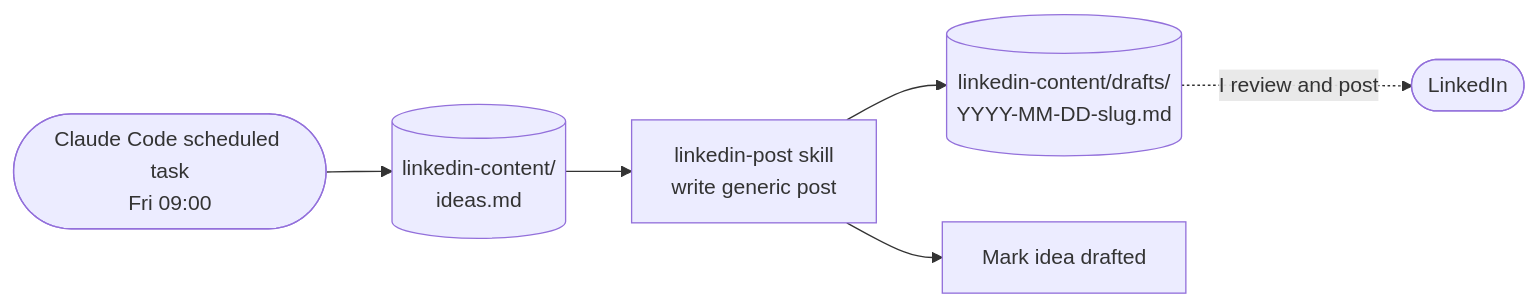
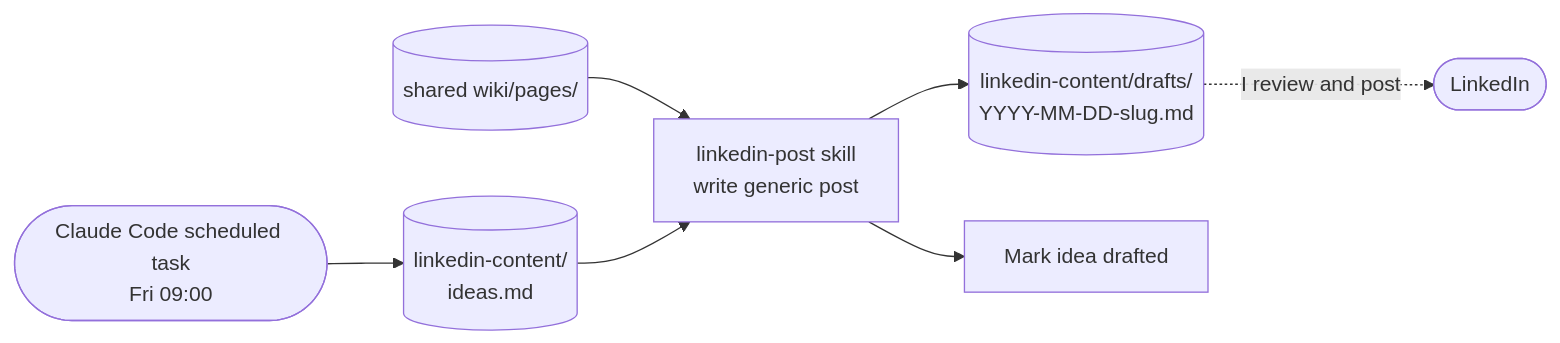
The diagram in examples/master-os/automations/flows/AUT-006-linkedin-drafts.md (GopalakrishnanBhaskaran/platform-agent-demo), drawn with Mermaid before and after one commit. The commit also changed other lines of this file and 31 other files, not shown here.

````diff
--- a/examples/master-os/automations/flows/AUT-006-linkedin-drafts.md
+++ b/examples/master-os/automations/flows/AUT-006-linkedin-drafts.md
@@ -5,8 +5,9 @@
 ```mermaid
 flowchart LR
   T([Claude Code scheduled task<br/>Fri 09:00]) --> I[(linkedin-content/<br/>ideas.md)]
+  W[(shared wiki/pages/)] --> P
   I --> P[linkedin-post skill<br/>write generic post]
   P --> D[(linkedin-content/drafts/<br/>YYYY-MM-DD-slug.md)]
   P --> U[Mark idea drafted]
   D -.->|I review and post| L([LinkedIn])
 ```
````
